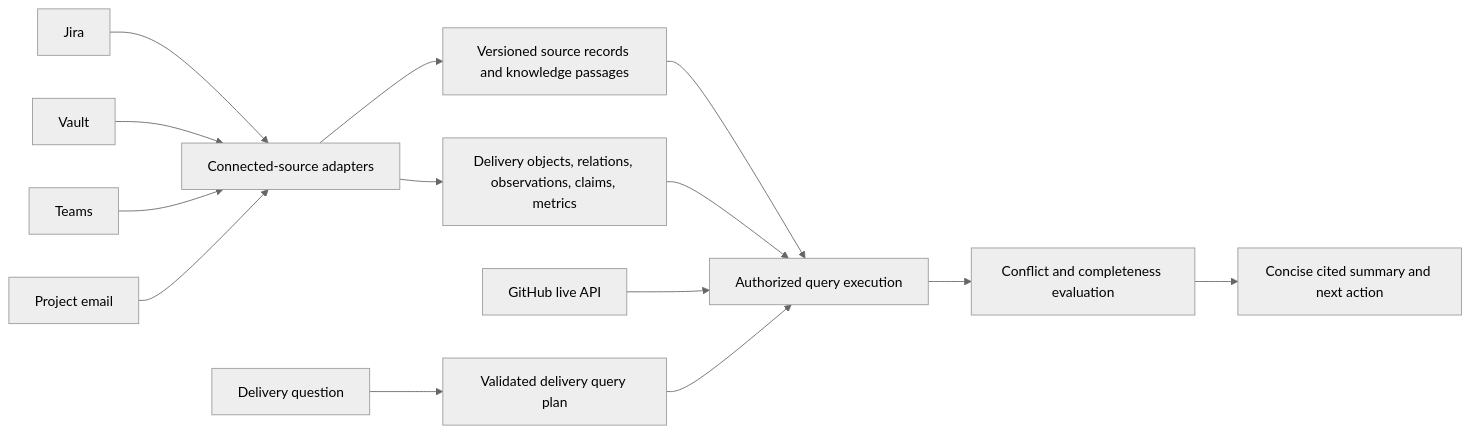
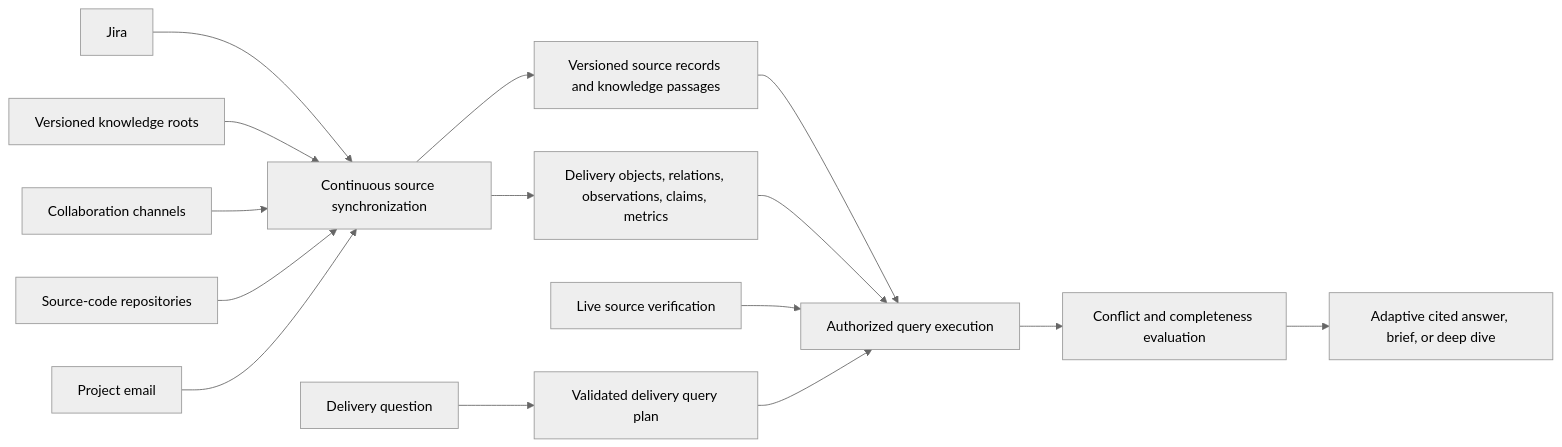
Before and after one commit to PearlThoughts/Sarathi: the diagram in specs/005-knowledge-layer/spec.md, drawn with Mermaid (neutral theme). The commit also changed other lines of this file and 7 other files, not shown here.

Commit message:
docs: specify continuous project synchronization (#103)

````diff
--- a/specs/005-knowledge-layer/spec.md
+++ b/specs/005-knowledge-layer/spec.md
@@ -37,16 +37,17 @@
 ```mermaid
 flowchart LR
-  J[Jira] --> C[Connected-source adapters]
-  V[Vault] --> C
-  T[Teams] --> C
+  J[Jira] --> C[Continuous source synchronization]
+  V[Versioned knowledge roots] --> C
+  T[Collaboration channels] --> C
+  G[Source-code repositories] --> C
   M[Project email] --> C
   C --> K[Versioned source records and knowledge passages]
   C --> D[Delivery objects, relations, observations, claims, metrics]
   K --> Q[Authorized query execution]
   D --> Q
-  G[GitHub live API] --> Q
+  L[Live source verification] --> Q
   U[Delivery question] --> P[Validated delivery query plan]
   P --> Q
   Q --> X[Conflict and completeness evaluation]
-  X --> A[Concise cited summary and next action]
+  X --> A[Adaptive cited answer, brief, or deep dive]
 ```
````
